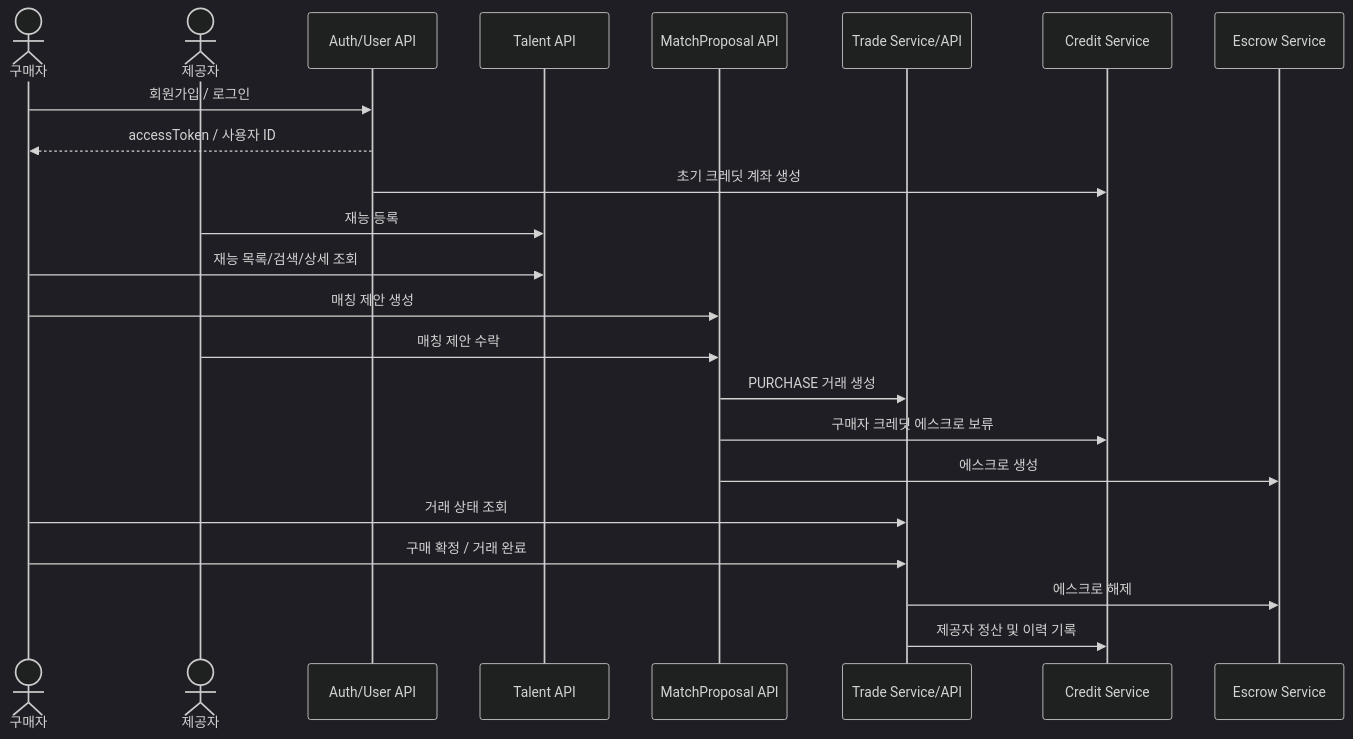
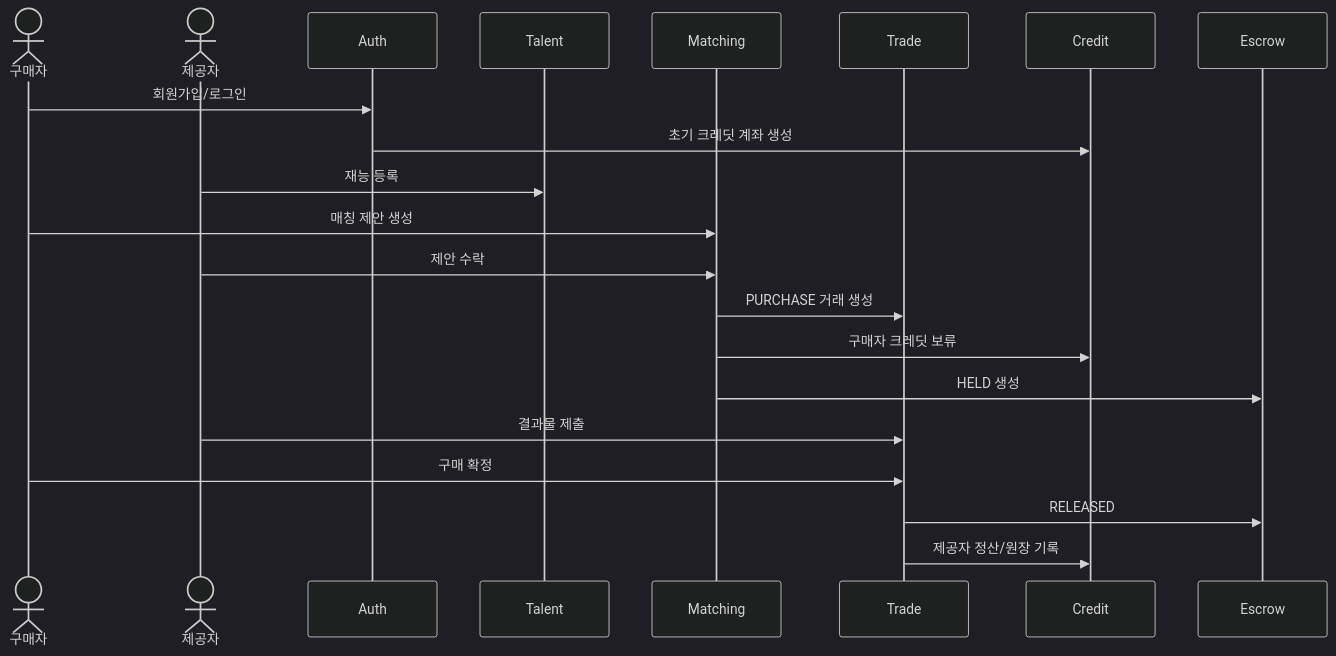
The second of 3 diagrams in docs/final/architecture/system-architecture.md (prgrms-be-devcourse/NBE9-11-final-Team03), drawn with Mermaid (dark theme) before and after one commit. The commit also changed other lines of this file and 20 other files, not shown here.

````diff
--- a/docs/final/architecture/system-architecture.md
+++ b/docs/final/architecture/system-architecture.md
@@ -146,26 +23,24 @@
 ```mermaid
 sequenceDiagram
     actor Buyer as 구매자
     actor Seller as 제공자
-    participant Auth as Auth/User API
-    participant Talent as Talent API
-    participant Matching as MatchProposal API
-    participant Trade as Trade Service/API
-    participant Credit as Credit Service
-    participant Escrow as Escrow Service
+    participant Auth
+    participant Talent
+    participant Matching
+    participant Trade
+    participant Credit
+    participant Escrow
 
-    Buyer->>Auth: 회원가입 / 로그인
-    Auth-->>Buyer: accessToken / 사용자 ID
+    Buyer->>Auth: 회원가입/로그인
     Auth->>Credit: 초기 크레딧 계좌 생성
     Seller->>Talent: 재능 등록
-    Buyer->>Talent: 재능 목록/검색/상세 조회
     Buyer->>Matching: 매칭 제안 생성
-    Seller->>Matching: 매칭 제안 수락
+    Seller->>Matching: 제안 수락
     Matching->>Trade: PURCHASE 거래 생성
-    Matching->>Credit: 구매자 크레딧 에스크로 보류
-    Matching->>Escrow: 에스크로 생성
-    Buyer->>Trade: 거래 상태 조회
-    Buyer->>Trade: 구매 확정 / 거래 완료
-    Trade->>Escrow: 에스크로 해제
-    Trade->>Credit: 제공자 정산 및 이력 기록
+    Matching->>Credit: 구매자 크레딧 보류
+    Matching->>Escrow: HELD 생성
+    Seller->>Trade: 결과물 제출
+    Buyer->>Trade: 구매 확정
+    Trade->>Escrow: RELEASED
+    Trade->>Credit: 제공자 정산/원장 기록
 ```
````
